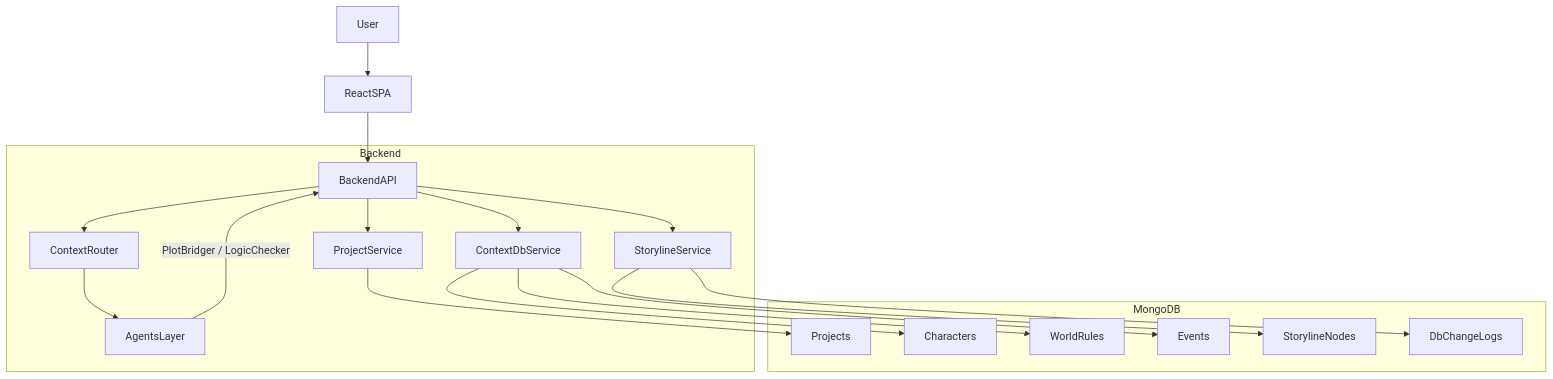
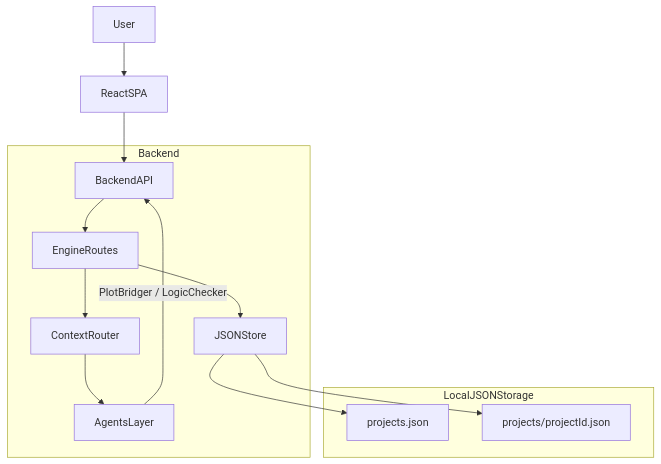
The diagram in Project_Guidance.md (IronDumpling/ai-narrative-engine), drawn with Mermaid before and after one commit. The commit also changed other lines of this file and 27 other files, not shown here.

Commit message:
remove mongo db, use json storage

````diff
--- a/Project_Guidance.md
+++ b/Project_Guidance.md
@@ -293,31 +300,22 @@
 ```mermaid
 flowchart TD
   user[User] --> frontend[ReactSPA]
   frontend --> backendAPI[BackendAPI]
 
   subgraph backend[Backend]
-    backendAPI --> projectService[ProjectService]
-    backendAPI --> contextDbService[ContextDbService]
-    backendAPI --> storylineService[StorylineService]
-    backendAPI --> contextRouterService[ContextRouter]
+    backendAPI --> engineRoutes[EngineRoutes]
+    engineRoutes --> contextRouterService[ContextRouter]
     contextRouterService --> agents[AgentsLayer]
+    engineRoutes --> jsonStore[JSONStore]
   end
 
-  subgraph db[MongoDB]
-    projectsColl[Projects]
-    charactersColl[Characters]
-    worldRulesColl[WorldRules]
-    eventsColl[Events]
-    storyNodesColl[StorylineNodes]
-    changeLogsColl[DbChangeLogs]
+  subgraph storage[LocalJSONStorage]
+    projectsFile[projects.json]
+    projectData[projects/projectId.json]
   end
 
-  projectService --> projectsColl
-  contextDbService --> charactersColl
-  contextDbService --> worldRulesColl
-  contextDbService --> eventsColl
-  storylineService --> storyNodesColl
-  storylineService --> changeLogsColl
+  jsonStore --> projectsFile
+  jsonStore --> projectData
 
   agents -->|PlotBridger / LogicChecker| backendAPI
 ```
````
